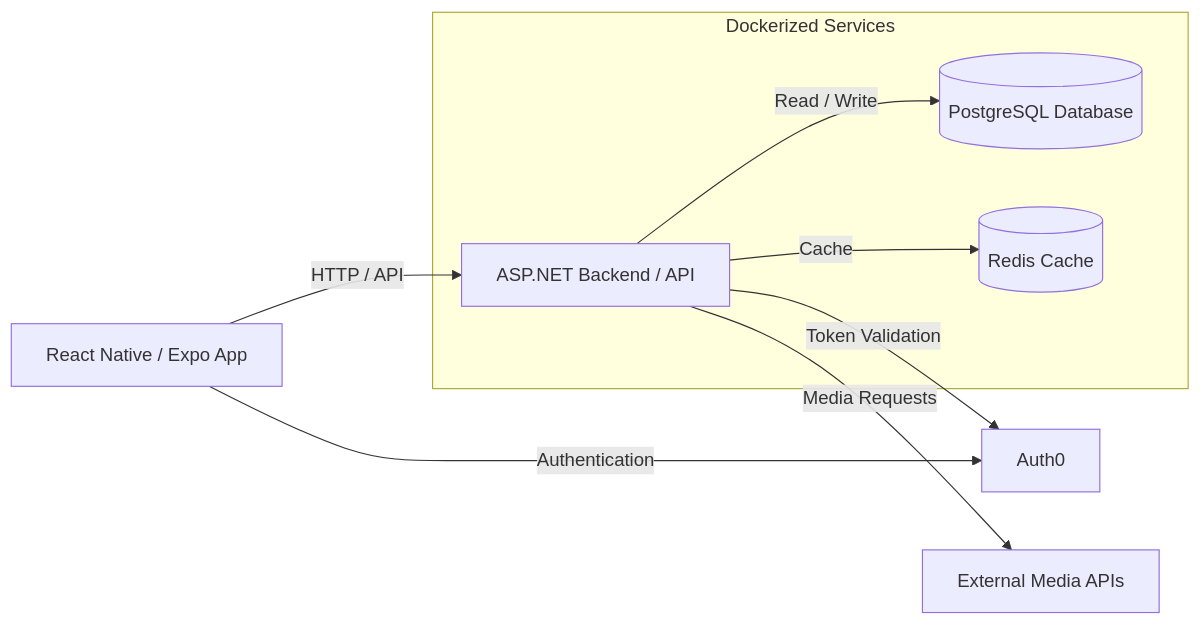
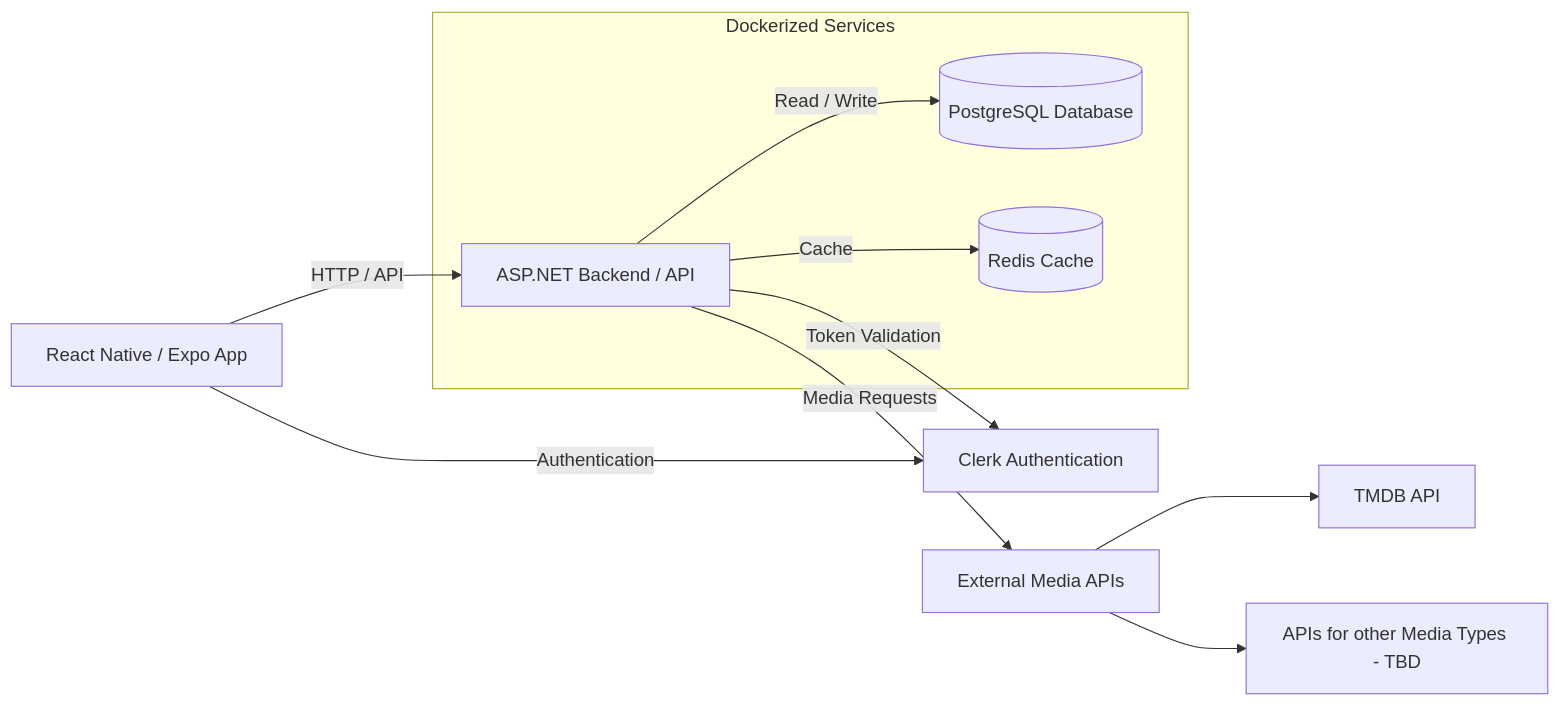
One commit to ArionKennedy/COMP4350Project changed the diagram in Docs/architecture.md. Above: the diagram before and after it, drawn with Mermaid. The commit also changed other lines of this file and 8 other files, not shown here.

````diff
--- a/Docs/architecture.md
+++ b/Docs/architecture.md
@@ -9,20 +9,24 @@
 ```mermaid
 flowchart LR
     A[React Native / Expo App]
 
     subgraph Docker["Dockerized Services"]
         B[ASP.NET Backend / API]
         C[(PostgreSQL Database)]
         D[(Redis Cache)]
     end
 
-    E[Auth0]
+    E[Clerk Authentication]
     F[External Media APIs]
+    G[TMDB API]
+    H[APIs for other Media Types - TBD]
 
     A -->|HTTP / API| B
     B -->|Read / Write| C
     B -->|Cache| D
     A -->|Authentication| E
     B -->|Token Validation| E
     B -->|Media Requests| F
+    F -->G
+    F -->H
 ```
````
